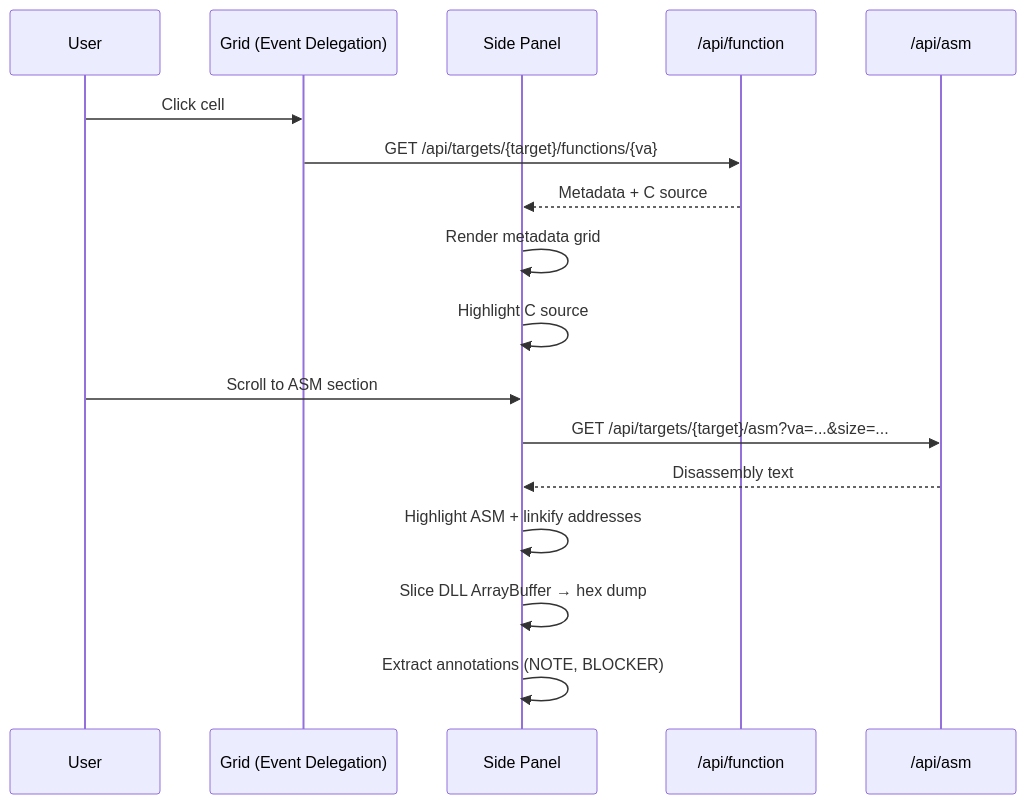
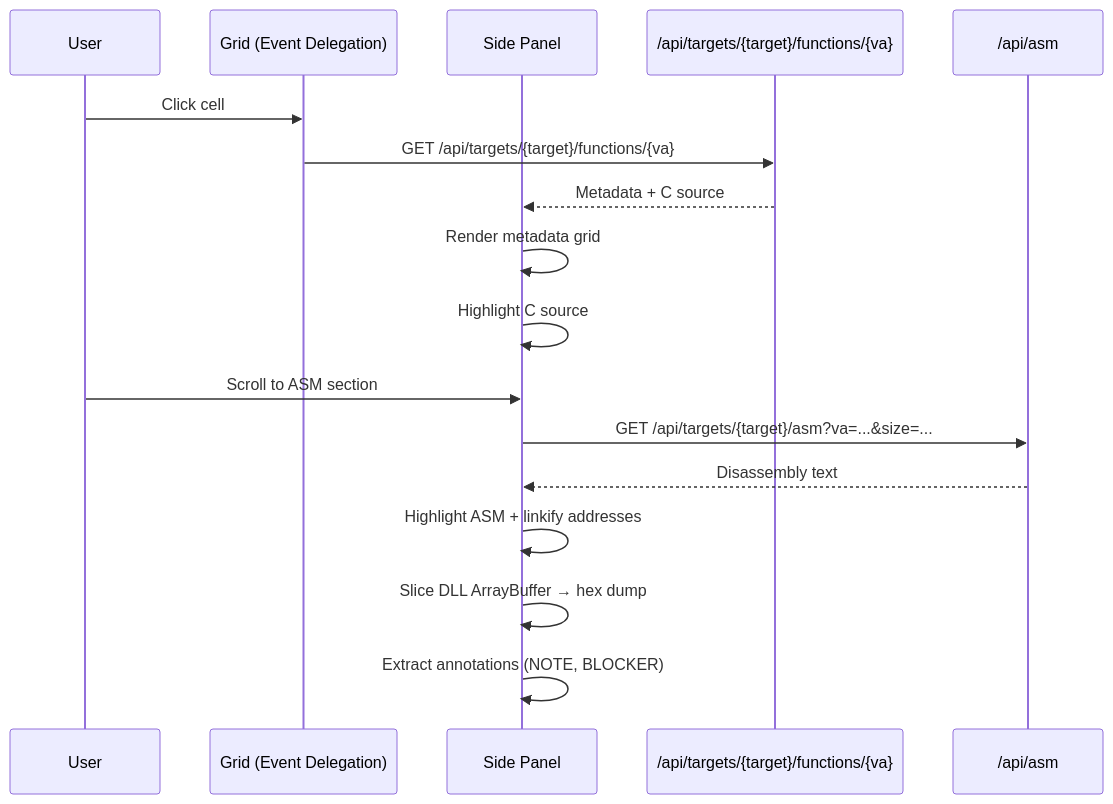
Before and after one commit to maci0/recoverage: the third of 17 diagrams in docs/USER_STORIES.md, drawn with Mermaid. The commit also changed other lines of this file and 1 other file, not shown here.

````diff
--- a/docs/USER_STORIES.md
+++ b/docs/USER_STORIES.md
@@ -90,22 +90,22 @@
 ```mermaid
 sequenceDiagram
     participant U as User
     participant Grid as Grid (Event Delegation)
     participant Panel as Side Panel
-    participant API as /api/function
+    participant API as /api/targets/{target}/functions/{va}
     participant ASM as /api/asm
 
     U->>Grid: Click cell
     Grid->>API: GET /api/targets/{target}/functions/{va}
     API-->>Panel: Metadata + C source
     Panel->>Panel: Render metadata grid
     Panel->>Panel: Highlight C source
 
     U->>Panel: Scroll to ASM section
     Panel->>ASM: GET /api/targets/{target}/asm?va=...&size=...
     ASM-->>Panel: Disassembly text
     Panel->>Panel: Highlight ASM + linkify addresses
 
     Panel->>Panel: Slice DLL ArrayBuffer → hex dump
     Panel->>Panel: Extract annotations (NOTE, BLOCKER)
 ```
````
